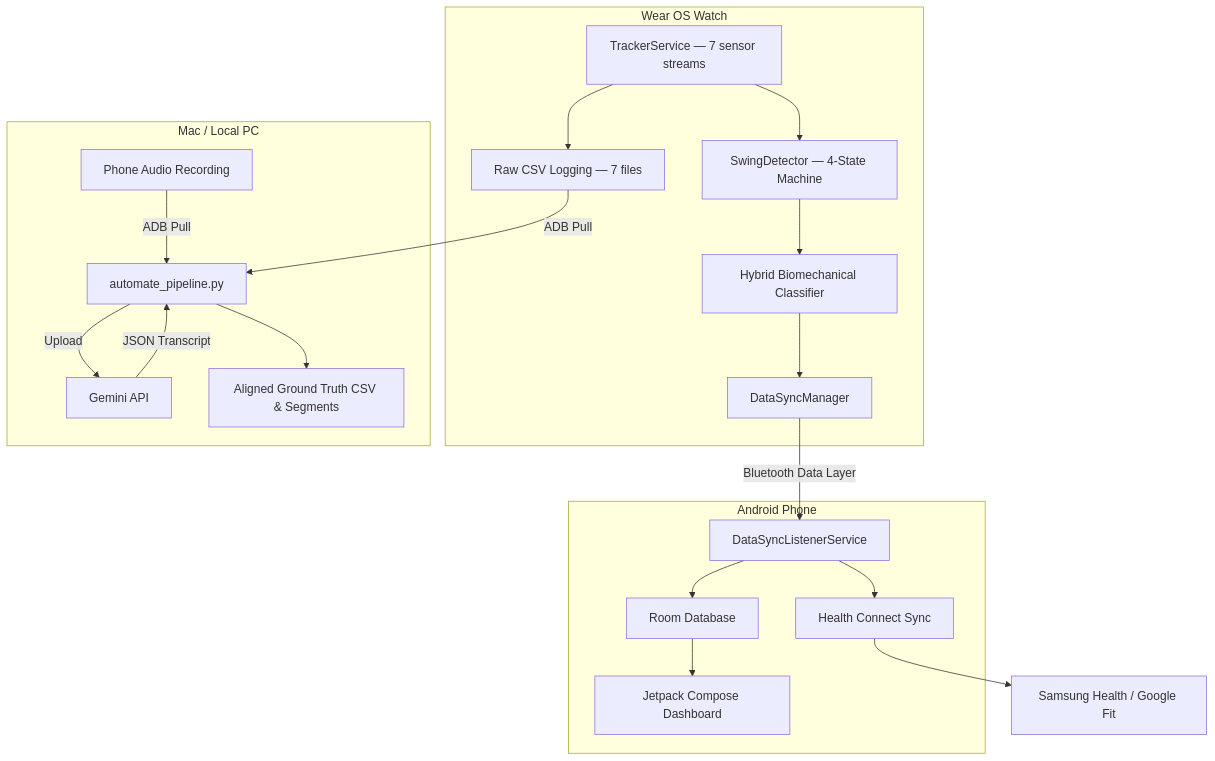
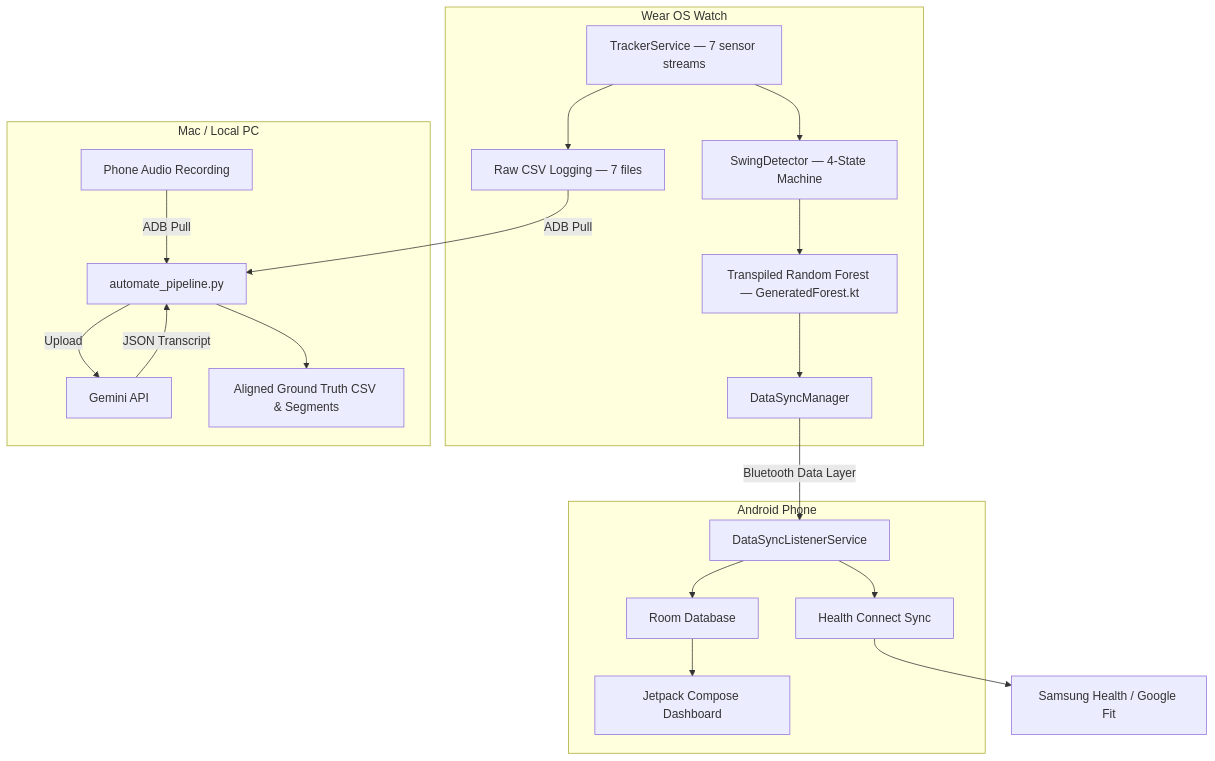
Before and after one commit to mrpeel/CricketBattingTracker: the first of 2 diagrams in .agents/ARCHITECTURE.md, drawn with Mermaid. The commit also changed other lines of this file and 1 other file, not shown here.

Commit message:
docs(memory): update ACTIVE_CONTEXT.md and ARCHITECTURE.md to reflect model compression

````diff
--- a/.agents/ARCHITECTURE.md
+++ b/.agents/ARCHITECTURE.md
@@ -9,23 +9,23 @@
 ```mermaid
 graph TD
     subgraph Wear OS Watch
         A[TrackerService — 7 sensor streams] --> B[SwingDetector — 4-State Machine]
-        B --> C[Hybrid Biomechanical Classifier]
+        B --> C[Transpiled Random Forest — GeneratedForest.kt]
         A --> D[Raw CSV Logging — 7 files]
         C --> E[DataSyncManager]
     end
     subgraph Android Phone
         E -->|Bluetooth Data Layer| F[DataSyncListenerService]
         F --> G[Room Database]
         F --> H[Health Connect Sync]
         G --> I[Jetpack Compose Dashboard]
     end
     subgraph Mac / Local PC
         D -->|ADB Pull| J[automate_pipeline.py]
         K[Phone Audio Recording] -->|ADB Pull| J
         J -->|Upload| L[Gemini API]
         L -->|JSON Transcript| J
         J --> M[Aligned Ground Truth CSV & Segments]
     end
     H --> N[Samsung Health / Google Fit]
 ```
````
